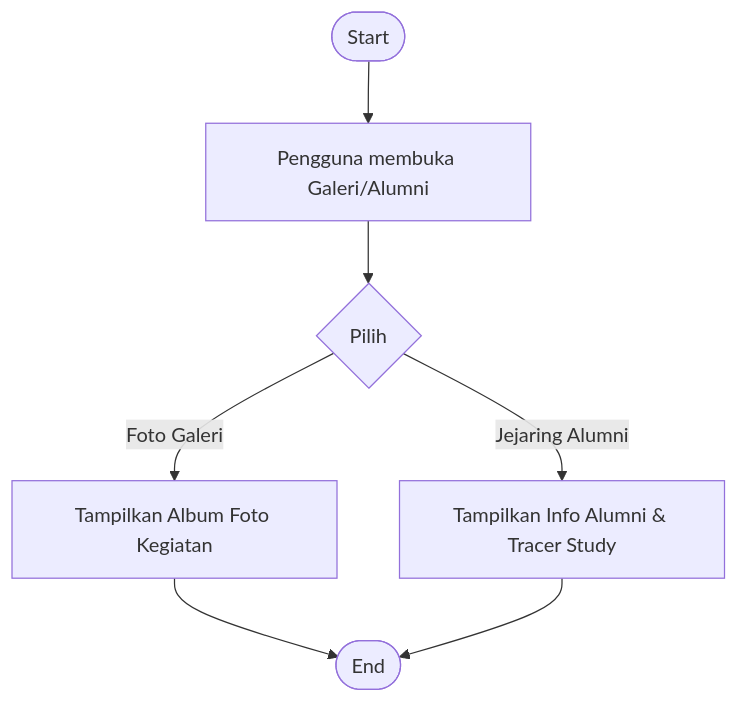
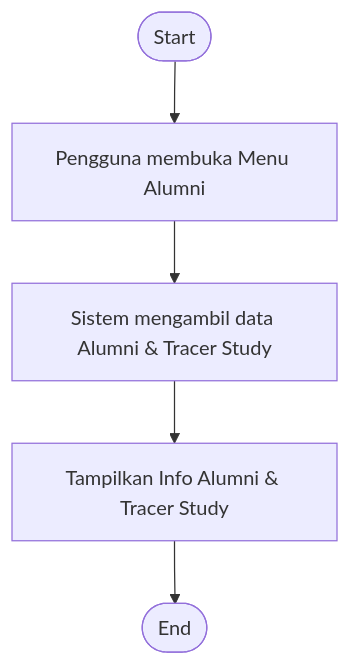
Before and after one commit to arbain-dev/Web_fikom: the eighth of 8 diagrams in docs/activity_diagram_publik.md, drawn with Mermaid. The commit also changed other lines of this file and 5 other files, not shown here.

Commit message:
feat: hpus menu galeri & update dokumentasi activity diagram

````diff
--- a/docs/activity_diagram_publik.md
+++ b/docs/activity_diagram_publik.md
@@ -220,11 +201,7 @@
 ```mermaid
 flowchart TD
-    Start([Start]) --> OpenExtra[Pengguna membuka Galeri/Alumni]
-    OpenExtra --> View{Pilih}
-    
-    View -- "Foto Galeri" --> Galeri[Tampilkan Album Foto Kegiatan]
-    View -- "Jejaring Alumni" --> Alumni[Tampilkan Info Alumni & Tracer Study]
-    
-    Galeri --> End([End])
-    Alumni --> End
+    Start([Start]) --> OpenAlumni[Pengguna membuka Menu Alumni]
+    OpenAlumni --> FetchAlumni[Sistem mengambil data Alumni & Tracer Study]
+    FetchAlumni --> ShowAlumni[Tampilkan Info Alumni & Tracer Study]
+    ShowAlumni --> End([End])
 ```
````
